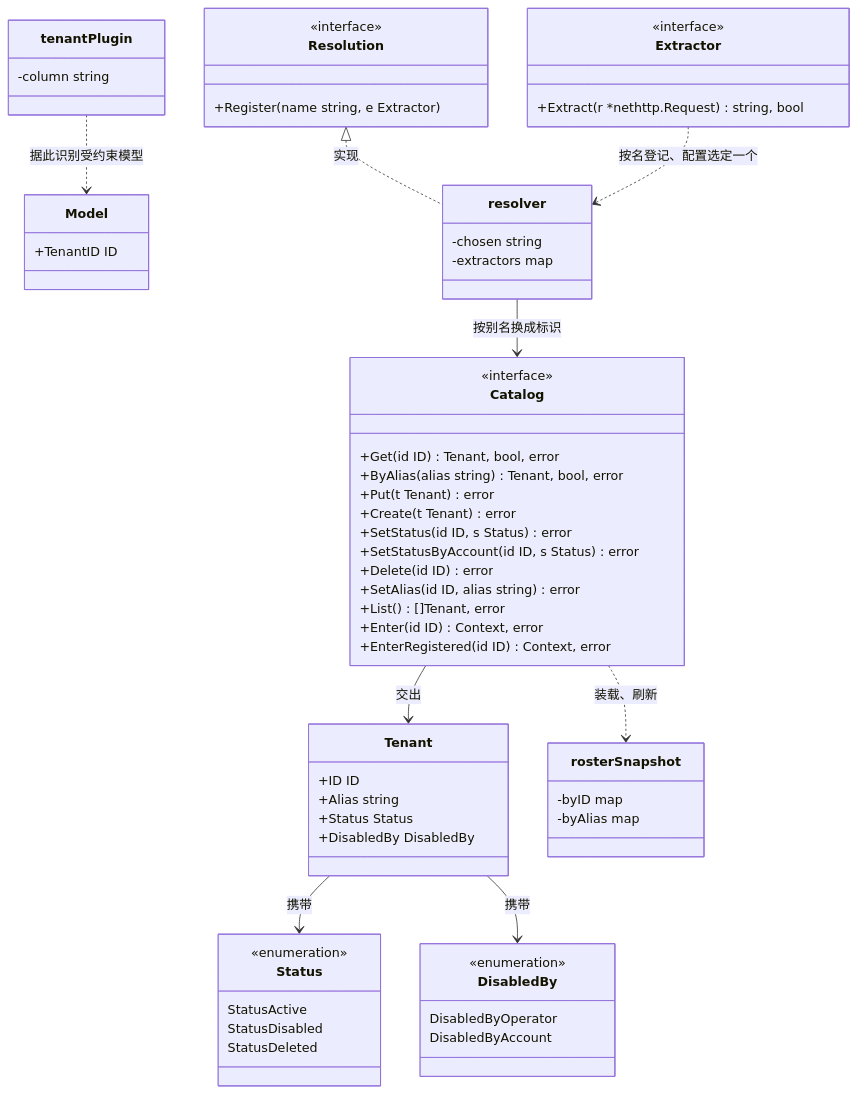
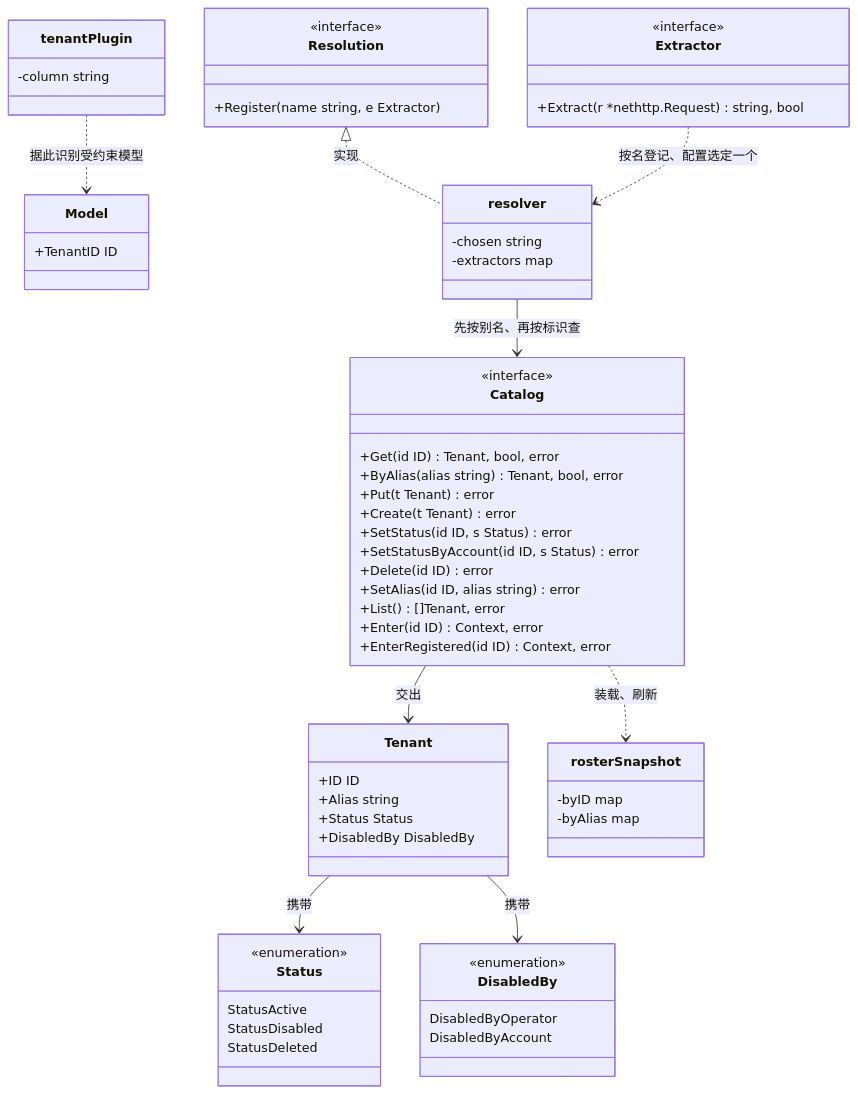
The first of 5 diagrams in docs/design/modules/tenant/design-tenant.md (wangzw/speed), drawn with Mermaid before and after one commit. The commit also changed other lines of this file and 58 other files, not shown here.

````diff
--- a/docs/design/modules/tenant/design-tenant.md
+++ b/docs/design/modules/tenant/design-tenant.md
@@ -498,64 +498,64 @@
 ```mermaid
 classDiagram
     class Resolution {
         <<interface>>
         +Register(name string, e Extractor)
     }
     class Catalog {
         <<interface>>
         +Get(id ID) Tenant, bool, error
         +ByAlias(alias string) Tenant, bool, error
         +Put(t Tenant) error
         +Create(t Tenant) error
         +SetStatus(id ID, s Status) error
         +SetStatusByAccount(id ID, s Status) error
         +Delete(id ID) error
         +SetAlias(id ID, alias string) error
         +List() []Tenant, error
         +Enter(id ID) Context, error
         +EnterRegistered(id ID) Context, error
     }
     class Extractor {
         <<interface>>
         +Extract(r *nethttp.Request) string, bool
     }
     class Tenant {
         +ID ID
         +Alias string
         +Status Status
         +DisabledBy DisabledBy
     }
     class Status {
         <<enumeration>>
         StatusActive
         StatusDisabled
         StatusDeleted
     }
     class DisabledBy {
         <<enumeration>>
         DisabledByOperator
         DisabledByAccount
     }
     class Model {
         +TenantID ID
     }
     class rosterSnapshot {
         -byID map
         -byAlias map
     }
     class resolver {
         -chosen string
         -extractors map
     }
     class tenantPlugin {
         -column string
     }
     Resolution <|.. resolver : 实现
     Extractor ..> resolver : 按名登记、配置选定一个
-    resolver --> Catalog : 按别名换成标识
+    resolver --> Catalog : 先按别名、再按标识查
     Catalog --> Tenant : 交出
     Tenant --> Status : 携带
     Tenant --> DisabledBy : 携带
     Catalog ..> rosterSnapshot : 装载、刷新
     tenantPlugin ..> Model : 据此识别受约束模型
 ```
````
